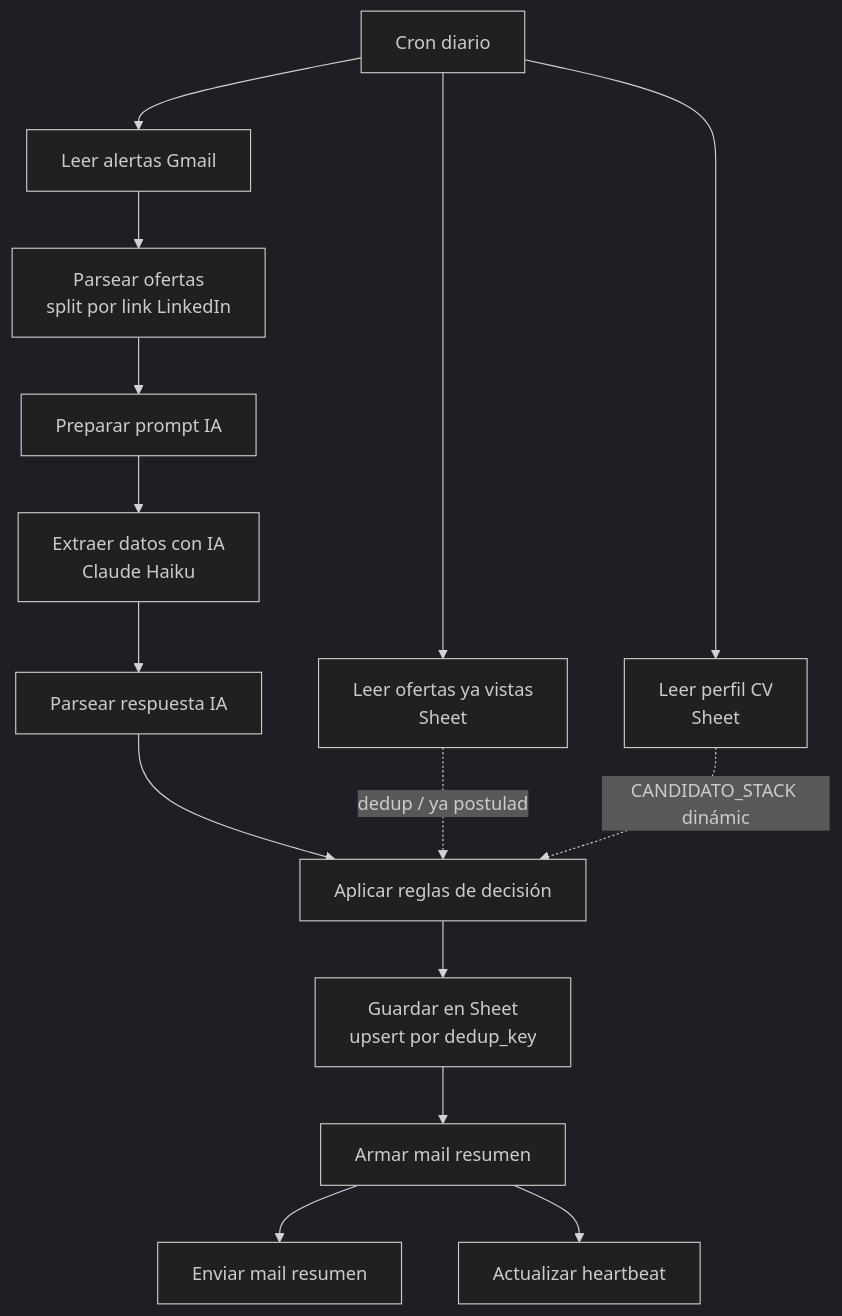
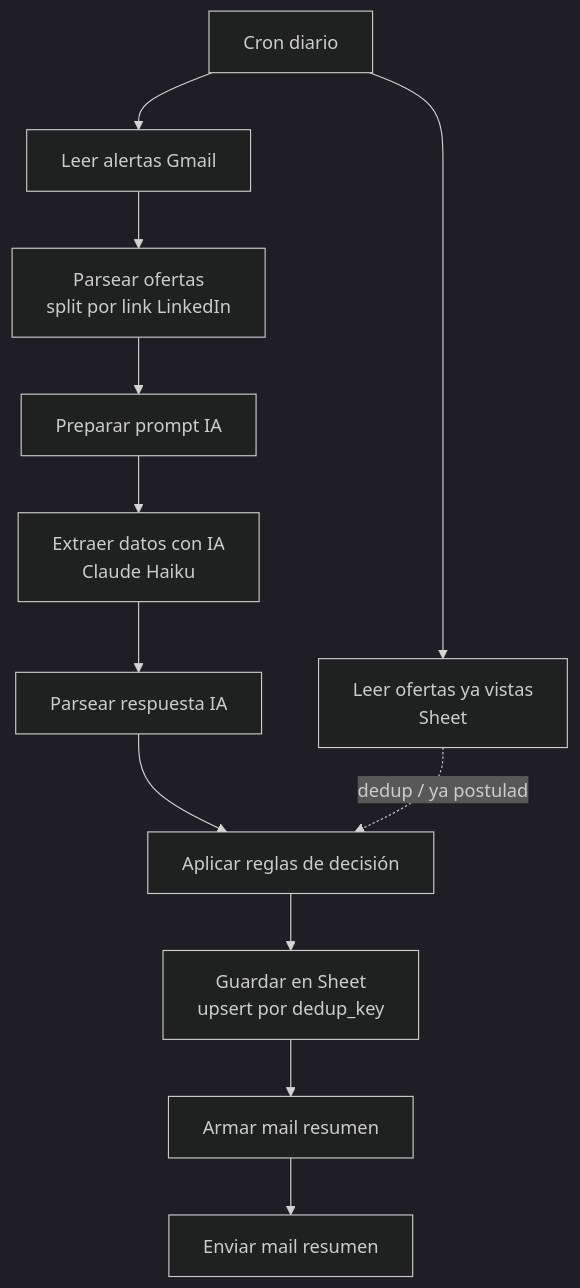
One commit to SMsimarco/radar-empleos changed the diagram in README.md. Above: the diagram before and after it, drawn with Mermaid (dark theme). The commit also changed other lines of this file and 7 other files, not shown here.

````diff
--- a/README.md
+++ b/README.md
@@ -13,17 +11,14 @@
 ```mermaid
 flowchart TD
     A[Cron diario] --> B[Leer alertas Gmail]
     A --> C[Leer ofertas ya vistas<br/>Sheet]
-    A --> M[Leer perfil CV<br/>Sheet]
     B --> D[Parsear ofertas<br/>split por link LinkedIn]
     D --> E[Preparar prompt IA]
     E --> F[Extraer datos con IA<br/>Claude Haiku]
     F --> G[Parsear respuesta IA]
     G --> H[Aplicar reglas de decisión]
     C -.dedup / ya postulado.-> H
-    M -.CANDIDATO_STACK dinámico.-> H
     H --> I[Guardar en Sheet<br/>upsert por dedup_key]
     I --> J[Armar mail resumen]
     J --> K[Enviar mail resumen]
-    J --> L[Actualizar heartbeat]
 ```
````
